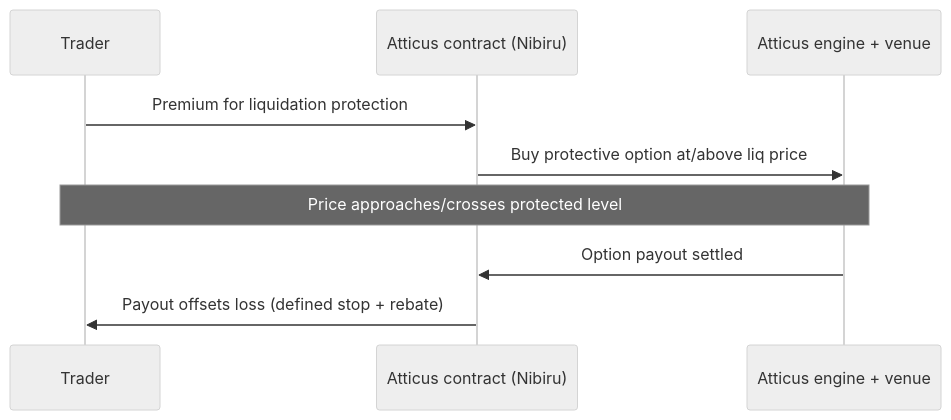
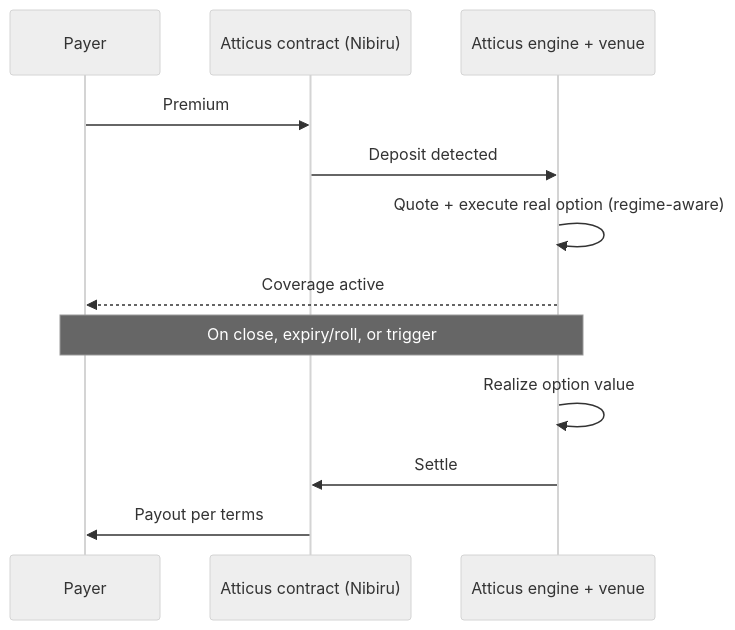
Before and after one commit to atticusNew/Foxify_Collar: the second of 2 diagrams in docs/SAI_NIBIRU_INTEGRATION.md, drawn with Mermaid (neutral theme). The commit also changed other lines of this file, not shown here.

Commit message:
docs(sai): iterate — formal technical-doc voice, terminology box, illustrative API sketch (interface-level, engine kept proprietary), consolidated diagrams; remove what's-not-built/next-steps

````diff
--- a/docs/SAI_NIBIRU_INTEGRATION.md
+++ b/docs/SAI_NIBIRU_INTEGRATION.md
@@ -262,11 +194,14 @@
 ```mermaid
 sequenceDiagram
-  participant T as Trader
-  participant A as Atticus contract (Nibiru)
-  participant X as Atticus engine + venue
-  T->>A: Premium for liquidation protection
-  A->>X: Buy protective option at/above liq price
-  Note over T,X: Price approaches/crosses protected level
-  X->>A: Option payout settled
-  A->>T: Payout offsets loss (defined stop + rebate)
+  participant P as Payer
+  participant C as Atticus contract (Nibiru)
+  participant A as Atticus engine + venue
+  P->>C: Premium
+  C->>A: Deposit detected
+  A->>A: Quote + execute real option (regime-aware)
+  A-->>P: Coverage active
+  Note over P,A: On close, expiry/roll, or trigger
+  A->>A: Realize option value
+  A->>C: Settle
+  C->>P: Payout per terms
 ```
````
